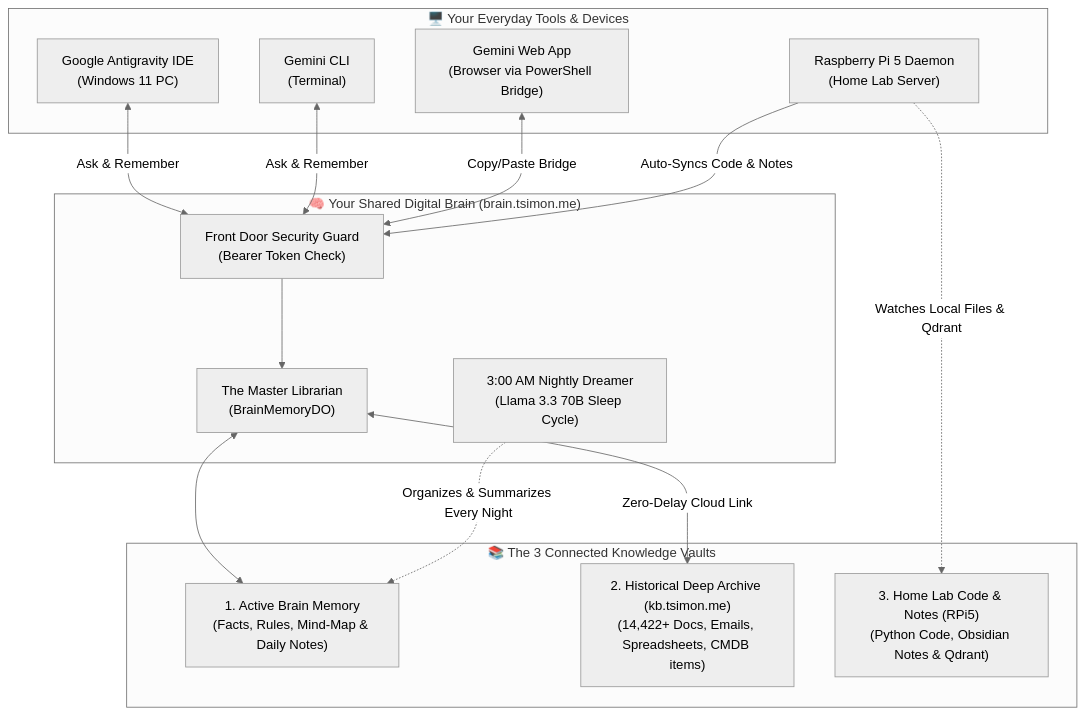
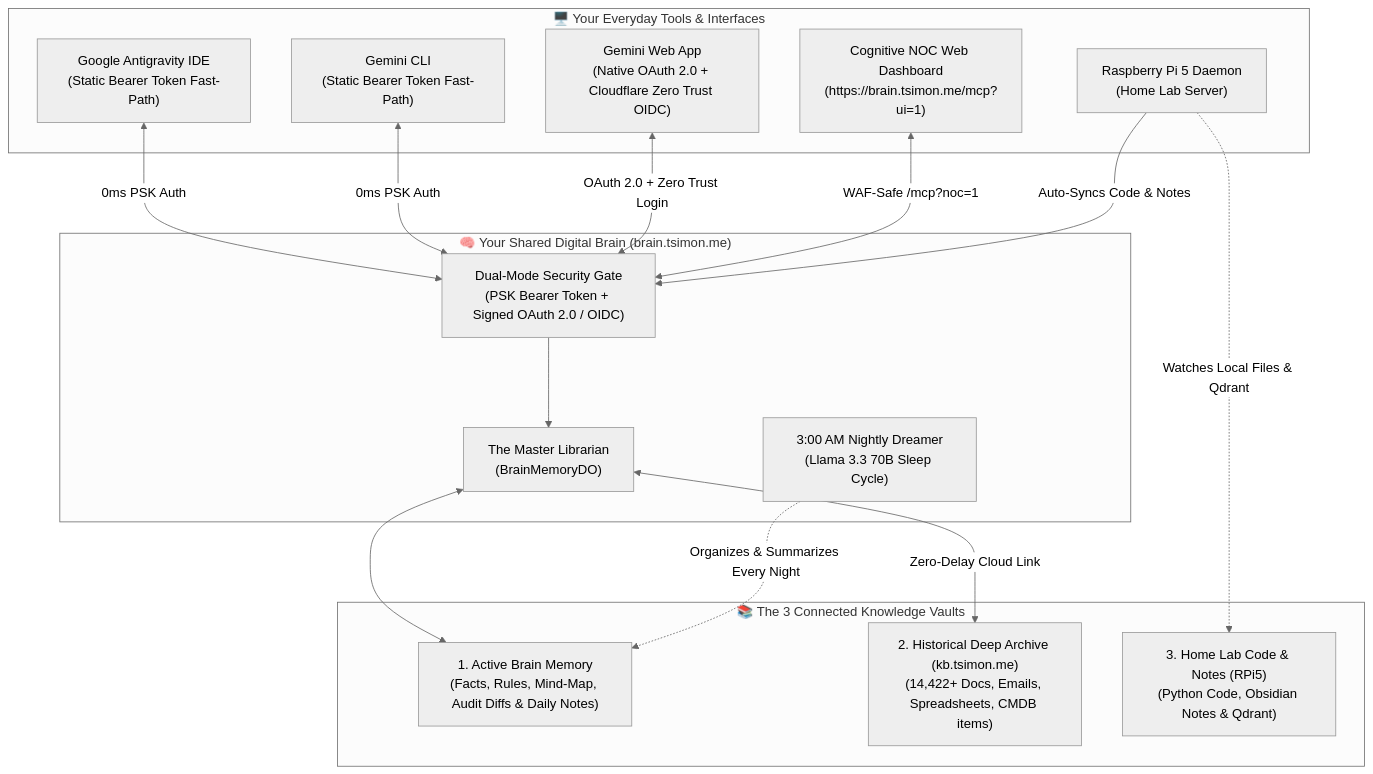
One commit to t0m-a/gemini-brain changed the first of 11 diagrams in README.md. Above: the diagram before and after it, drawn with Mermaid (neutral theme). The commit also changed other lines of this file and 12 other files, not shown here.

First line of the commit message:
feat(mcp,auth,noc): add OAuth 2.1 Zero Trust OIDC proxy, Gemini Web connector & Cognitive NOC dashboard (v1.4.1)

````diff
--- a/README.md
+++ b/README.md
@@ -86,32 +91,34 @@
 ```mermaid
 flowchart TD
-    subgraph Clients["🖥️ Your Everyday Tools & Devices"]
-        AG["Google Antigravity IDE<br/>(Windows 11 PC)"]
-        CLI["Gemini CLI<br/>(Terminal)"]
-        WEB["Gemini Web App<br/>(Browser via PowerShell Bridge)"]
+    subgraph Clients["🖥️ Your Everyday Tools & Interfaces"]
+        AG["Google Antigravity IDE<br/>(Static Bearer Token Fast-Path)"]
+        CLI["Gemini CLI<br/>(Static Bearer Token Fast-Path)"]
+        WEB["Gemini Web App<br/>(Native OAuth 2.0 + Cloudflare Zero Trust OIDC)"]
+        NOC["Cognitive NOC Web Dashboard<br/>(https://brain.tsimon.me/mcp?ui=1)"]
         RPI["Raspberry Pi 5 Daemon<br/>(Home Lab Server)"]
     end
 
     subgraph Brain["🧠 Your Shared Digital Brain (brain.tsimon.me)"]
-        GATE["Front Door Security Guard<br/>(Bearer Token Check)"]
+        GATE["Dual-Mode Security Gate<br/>(PSK Bearer Token + Signed OAuth 2.0 / OIDC)"]
         LIB["The Master Librarian<br/>(BrainMemoryDO)"]
         SLEEP["3:00 AM Nightly Dreamer<br/>(Llama 3.3 70B Sleep Cycle)"]
     end
 
     subgraph Storage["📚 The 3 Connected Knowledge Vaults"]
-        V1["1. Active Brain Memory<br/>(Facts, Rules, Mind-Map & Daily Notes)"]
+        V1["1. Active Brain Memory<br/>(Facts, Rules, Mind-Map, Audit Diffs & Daily Notes)"]
         V2["2. Historical Deep Archive (kb.tsimon.me)<br/>(14,422+ Docs, Emails, Spreadsheets, CMDB items)"]
         V3["3. Home Lab Code & Notes (RPi5)<br/>(Python Code, Obsidian Notes & Qdrant)"]
     end
 
-    AG <-->|"Ask & Remember"| GATE
-    CLI <-->|"Ask & Remember"| GATE
-    WEB <-->|"Copy/Paste Bridge"| GATE
+    AG <-->|"0ms PSK Auth"| GATE
+    CLI <-->|"0ms PSK Auth"| GATE
+    WEB <-->|"OAuth 2.0 + Zero Trust Login"| GATE
+    NOC <-->|"WAF-Safe /mcp?noc=1"| GATE
     RPI -->|"Auto-Syncs Code & Notes"| GATE
 
     GATE --> LIB
     LIB <--> V1
     LIB <-->|"Zero-Delay Cloud Link"| V2
     RPI -.->|"Watches Local Files & Qdrant"| V3
     SLEEP -.->|"Organizes & Summarizes Every Night"| V1
 ```
````
